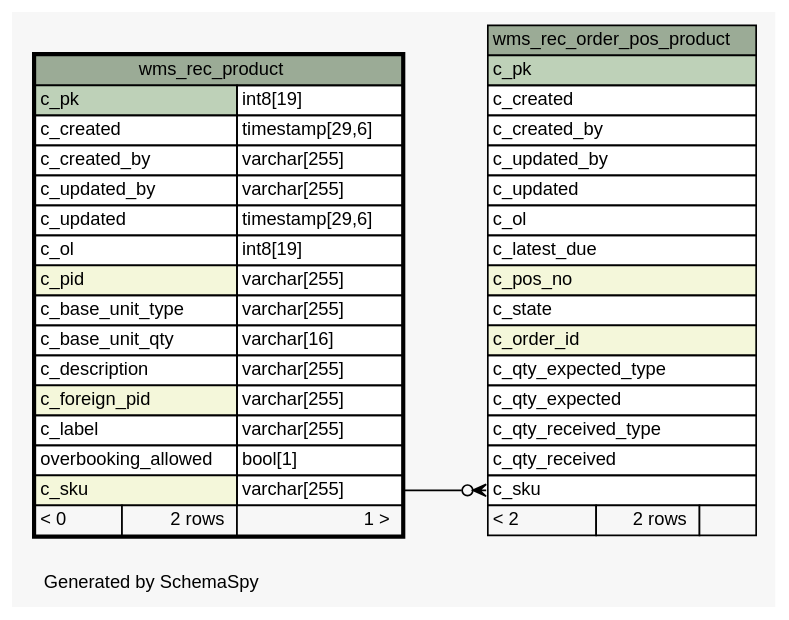
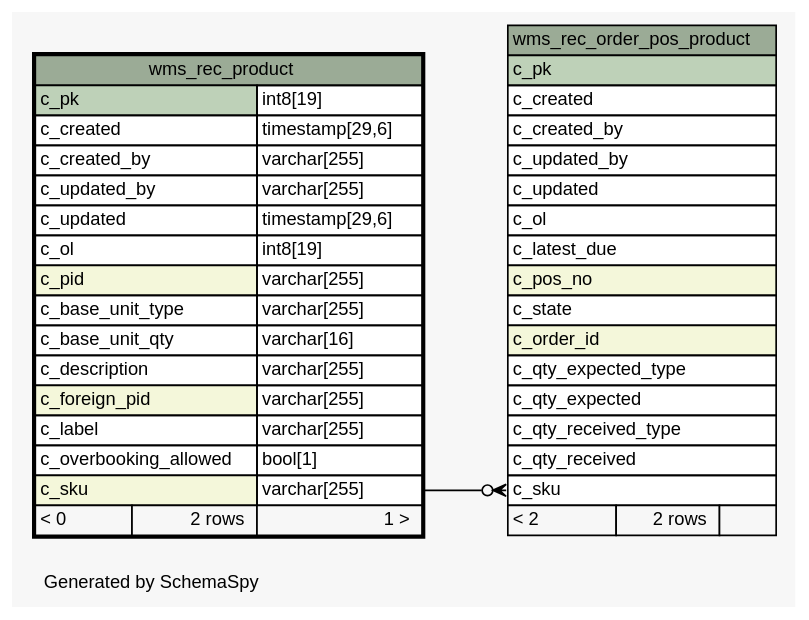
The diagram in 1.0.0-SNAPSHOT/schemaspy/diagrams/wms_rec_product.1degree.dot (openwms/org.openwms.wms.receiving.lib), drawn with Graphviz before and after one commit. The commit also changed 454 other files, not shown here.

```diff
--- a/1.0.0-SNAPSHOT/schemaspy/diagrams/wms_rec_product.1degree.dot
+++ b/1.0.0-SNAPSHOT/schemaspy/diagrams/wms_rec_product.1degree.dot
@@ -1,70 +1,70 @@
 // dot 2.43.0 on Linux 5.15.0-1034-azure
 // SchemaSpy rev Unknown
 digraph "oneDegreeRelationshipsDiagram" {
   graph [
     rankdir="RL"
     bgcolor="#f7f7f7"
     label="\nGenerated by SchemaSpy"
     labeljust="l"
     nodesep="0.18"
     ranksep="0.46"
     fontname="Helvetica"
     fontsize="11"
   ];
   node [
     fontname="Helvetica"
     fontsize="11"
     shape="plaintext"
   ];
   edge [
     arrowsize="0.8"
   ];
   "wms_rec_order_pos_product":"c_sku":w -> "wms_rec_product":"c_sku.type":e [arrowhead=none dir=back arrowtail=crowodot];
   "wms_rec_order_pos_product" [
     label=<
     <TABLE BORDER="0" CELLBORDER="1" CELLSPACING="0" BGCOLOR="#ffffff">
       <TR><TD COLSPAN="3" BGCOLOR="#9bab96" ALIGN="CENTER">wms_rec_order_pos_product</TD></TR>
       <TR><TD PORT="c_pk" COLSPAN="3" BGCOLOR="#bed1b8" ALIGN="LEFT">c_pk</TD></TR>
       <TR><TD PORT="c_created" COLSPAN="3" ALIGN="LEFT">c_created</TD></TR>
       <TR><TD PORT="c_created_by" COLSPAN="3" ALIGN="LEFT">c_created_by</TD></TR>
       <TR><TD PORT="c_updated_by" COLSPAN="3" ALIGN="LEFT">c_updated_by</TD></TR>
       <TR><TD PORT="c_updated" COLSPAN="3" ALIGN="LEFT">c_updated</TD></TR>
       <TR><TD PORT="c_ol" COLSPAN="3" ALIGN="LEFT">c_ol</TD></TR>
       <TR><TD PORT="c_latest_due" COLSPAN="3" ALIGN="LEFT">c_latest_due</TD></TR>
       <TR><TD PORT="c_pos_no" COLSPAN="3" BGCOLOR="#f4f7da" ALIGN="LEFT">c_pos_no</TD></TR>
       <TR><TD PORT="c_state" COLSPAN="3" ALIGN="LEFT">c_state</TD></TR>
       <TR><TD PORT="c_order_id" COLSPAN="3" BGCOLOR="#f4f7da" ALIGN="LEFT">c_order_id</TD></TR>
       <TR><TD PORT="c_qty_expected_type" COLSPAN="3" ALIGN="LEFT">c_qty_expected_type</TD></TR>
       <TR><TD PORT="c_qty_expected" COLSPAN="3" ALIGN="LEFT">c_qty_expected</TD></TR>
       <TR><TD PORT="c_qty_received_type" COLSPAN="3" ALIGN="LEFT">c_qty_received_type</TD></TR>
       <TR><TD PORT="c_qty_received" COLSPAN="3" ALIGN="LEFT">c_qty_received</TD></TR>
       <TR><TD PORT="c_sku" COLSPAN="3" ALIGN="LEFT">c_sku</TD></TR>
       <TR><TD ALIGN="LEFT" BGCOLOR="#f7f7f7">&lt; 2</TD><TD ALIGN="RIGHT" BGCOLOR="#f7f7f7">2 rows</TD><TD ALIGN="RIGHT" BGCOLOR="#f7f7f7">  </TD></TR>
     </TABLE>>
     URL="wms_rec_order_pos_product.html"
     tooltip="wms_rec_order_pos_product"
   ];
   "wms_rec_product" [
     label=<
     <TABLE BORDER="2" CELLBORDER="1" CELLSPACING="0" BGCOLOR="#ffffff">
       <TR><TD COLSPAN="3" BGCOLOR="#9bab96" ALIGN="CENTER">wms_rec_product</TD></TR>
       <TR><TD PORT="c_pk" COLSPAN="2" BGCOLOR="#bed1b8" ALIGN="LEFT">c_pk</TD><TD PORT="c_pk.type" ALIGN="LEFT">int8[19]</TD></TR>
       <TR><TD PORT="c_created" COLSPAN="2" ALIGN="LEFT">c_created</TD><TD PORT="c_created.type" ALIGN="LEFT">timestamp[29,6]</TD></TR>
       <TR><TD PORT="c_created_by" COLSPAN="2" ALIGN="LEFT">c_created_by</TD><TD PORT="c_created_by.type" ALIGN="LEFT">varchar[255]</TD></TR>
       <TR><TD PORT="c_updated_by" COLSPAN="2" ALIGN="LEFT">c_updated_by</TD><TD PORT="c_updated_by.type" ALIGN="LEFT">varchar[255]</TD></TR>
       <TR><TD PORT="c_updated" COLSPAN="2" ALIGN="LEFT">c_updated</TD><TD PORT="c_updated.type" ALIGN="LEFT">timestamp[29,6]</TD></TR>
       <TR><TD PORT="c_ol" COLSPAN="2" ALIGN="LEFT">c_ol</TD><TD PORT="c_ol.type" ALIGN="LEFT">int8[19]</TD></TR>
       <TR><TD PORT="c_pid" COLSPAN="2" BGCOLOR="#f4f7da" ALIGN="LEFT">c_pid</TD><TD PORT="c_pid.type" ALIGN="LEFT">varchar[255]</TD></TR>
       <TR><TD PORT="c_base_unit_type" COLSPAN="2" ALIGN="LEFT">c_base_unit_type</TD><TD PORT="c_base_unit_type.type" ALIGN="LEFT">varchar[255]</TD></TR>
       <TR><TD PORT="c_base_unit_qty" COLSPAN="2" ALIGN="LEFT">c_base_unit_qty</TD><TD PORT="c_base_unit_qty.type" ALIGN="LEFT">varchar[16]</TD></TR>
       <TR><TD PORT="c_description" COLSPAN="2" ALIGN="LEFT">c_description</TD><TD PORT="c_description.type" ALIGN="LEFT">varchar[255]</TD></TR>
       <TR><TD PORT="c_foreign_pid" COLSPAN="2" BGCOLOR="#f4f7da" ALIGN="LEFT">c_foreign_pid</TD><TD PORT="c_foreign_pid.type" ALIGN="LEFT">varchar[255]</TD></TR>
       <TR><TD PORT="c_label" COLSPAN="2" ALIGN="LEFT">c_label</TD><TD PORT="c_label.type" ALIGN="LEFT">varchar[255]</TD></TR>
-      <TR><TD PORT="overbooking_allowed" COLSPAN="2" ALIGN="LEFT">overbooking_allowed</TD><TD PORT="overbooking_allowed.type" ALIGN="LEFT">bool[1]</TD></TR>
+      <TR><TD PORT="c_overbooking_allowed" COLSPAN="2" ALIGN="LEFT">c_overbooking_allowed</TD><TD PORT="c_overbooking_allowed.type" ALIGN="LEFT">bool[1]</TD></TR>
       <TR><TD PORT="c_sku" COLSPAN="2" BGCOLOR="#f4f7da" ALIGN="LEFT">c_sku</TD><TD PORT="c_sku.type" ALIGN="LEFT">varchar[255]</TD></TR>
       <TR><TD ALIGN="LEFT" BGCOLOR="#f7f7f7">&lt; 0</TD><TD ALIGN="RIGHT" BGCOLOR="#f7f7f7">2 rows</TD><TD ALIGN="RIGHT" BGCOLOR="#f7f7f7">1 &gt;</TD></TR>
     </TABLE>>
     URL="wms_rec_product.html"
     tooltip="wms_rec_product"
   ];
 }
```
